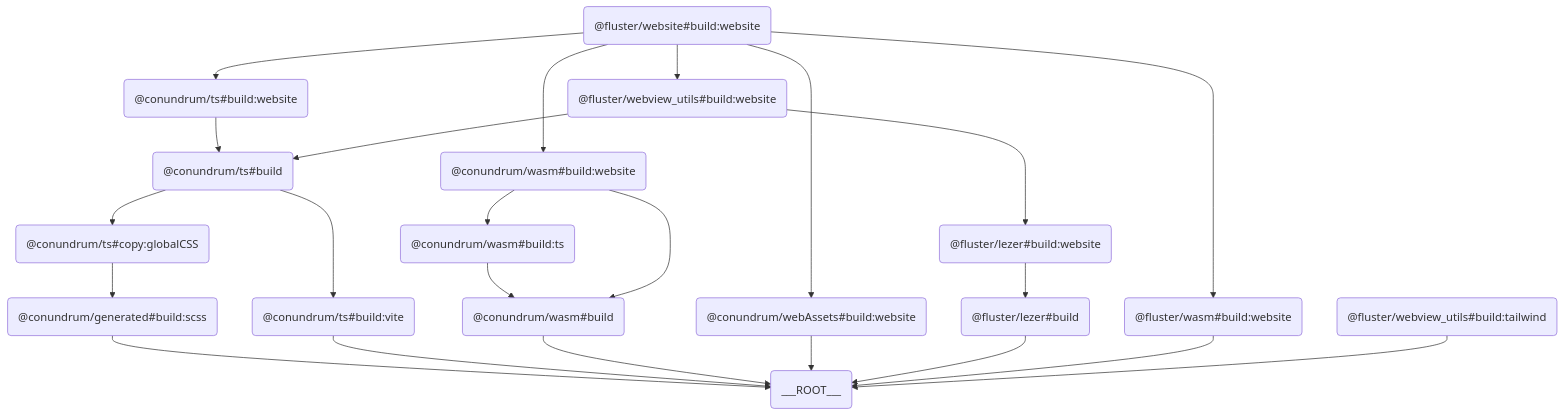
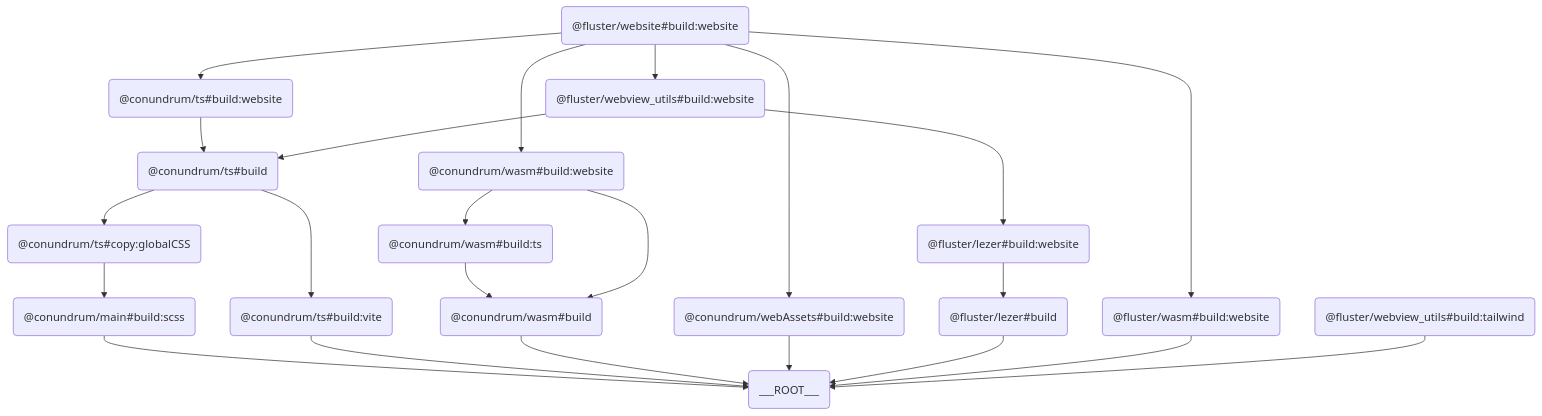
Before and after one commit to flusterIO/fluster-ipad: the diagram in docs/development/build_flow/website_build.mermaid, drawn with Mermaid. The commit also changed 69 other files, not shown here.

```diff
--- a/docs/development/build_flow/website_build.mermaid
+++ b/docs/development/build_flow/website_build.mermaid
@@ -1,23 +1,23 @@
 graph TD
-	RPGS("@conundrum/generated#build:scss") --> ETQY("___ROOT___")
+	RPGS("@conundrum/main#build:scss") --> ETQY("___ROOT___")
 	KEFT("@conundrum/ts#build") --> PRBV("@conundrum/ts#build:vite")
 	KEFT("@conundrum/ts#build") --> CXPQ("@conundrum/ts#copy:globalCSS")
 	PRBV("@conundrum/ts#build:vite") --> ETQY("___ROOT___")
 	MLKN("@conundrum/ts#build:website") --> KEFT("@conundrum/ts#build")
-	CXPQ("@conundrum/ts#copy:globalCSS") --> RPGS("@conundrum/generated#build:scss")
+	CXPQ("@conundrum/ts#copy:globalCSS") --> RPGS("@conundrum/main#build:scss")
 	ZHXY("@conundrum/wasm#build") --> ETQY("___ROOT___")
 	OVTW("@conundrum/wasm#build:ts") --> ZHXY("@conundrum/wasm#build")
 	NDRI("@conundrum/wasm#build:website") --> ZHXY("@conundrum/wasm#build")
 	NDRI("@conundrum/wasm#build:website") --> OVTW("@conundrum/wasm#build:ts")
 	WGGN("@conundrum/webAssets#build:website") --> ETQY("___ROOT___")
 	RDVF("@fluster/lezer#build") --> ETQY("___ROOT___")
 	PVEJ("@fluster/lezer#build:website") --> RDVF("@fluster/lezer#build")
 	CHNJ("@fluster/wasm#build:website") --> ETQY("___ROOT___")
 	SXVB("@fluster/website#build:website") --> MLKN("@conundrum/ts#build:website")
 	SXVB("@fluster/website#build:website") --> NDRI("@conundrum/wasm#build:website")
 	SXVB("@fluster/website#build:website") --> WGGN("@conundrum/webAssets#build:website")
 	SXVB("@fluster/website#build:website") --> CHNJ("@fluster/wasm#build:website")
 	SXVB("@fluster/website#build:website") --> VVSC("@fluster/webview_utils#build:website")
 	WAGD("@fluster/webview_utils#build:tailwind") --> ETQY("___ROOT___")
 	VVSC("@fluster/webview_utils#build:website") --> KEFT("@conundrum/ts#build")
 	VVSC("@fluster/webview_utils#build:website") --> PVEJ("@fluster/lezer#build:website")
```
